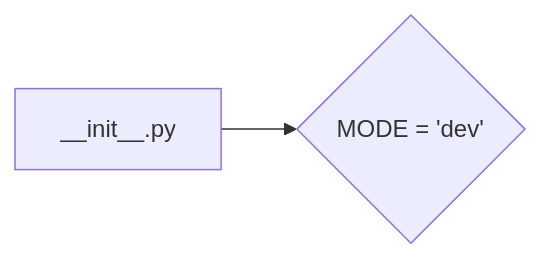
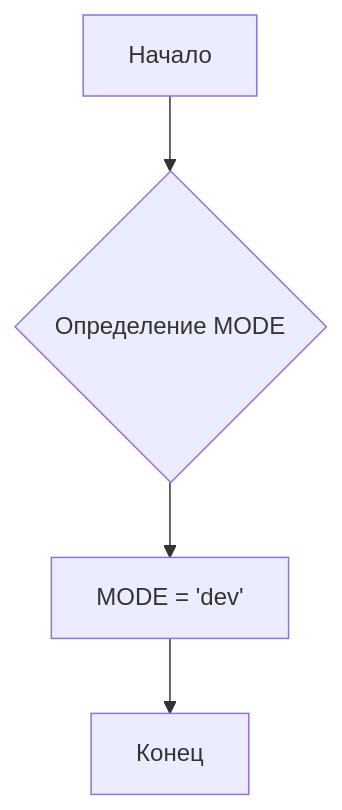
Before and after one commit to hypo69/hypo: the first of 2 diagrams in docs/gemini/ru/explainer/src/ai/revai/__init__.md, drawn with Mermaid. The commit also changed other lines of this file and 877 other files, not shown here.

````diff
--- a/docs/gemini/ru/explainer/src/ai/revai/__init__.md
+++ b/docs/gemini/ru/explainer/src/ai/revai/__init__.md
@@ -25,4 +24,6 @@
 ```mermaid
-graph LR
-    A[__init__.py] --> B{MODE = 'dev'};
+graph TD
+    A[Начало] --> B{Определение MODE};
+    B --> C[MODE = 'dev'];
+    C --> D[Конец];
 ```
````
